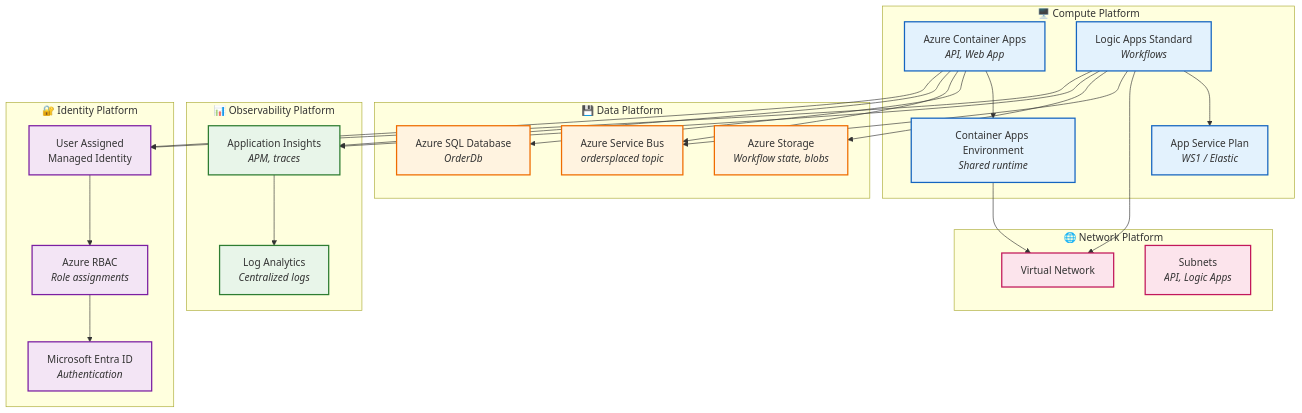
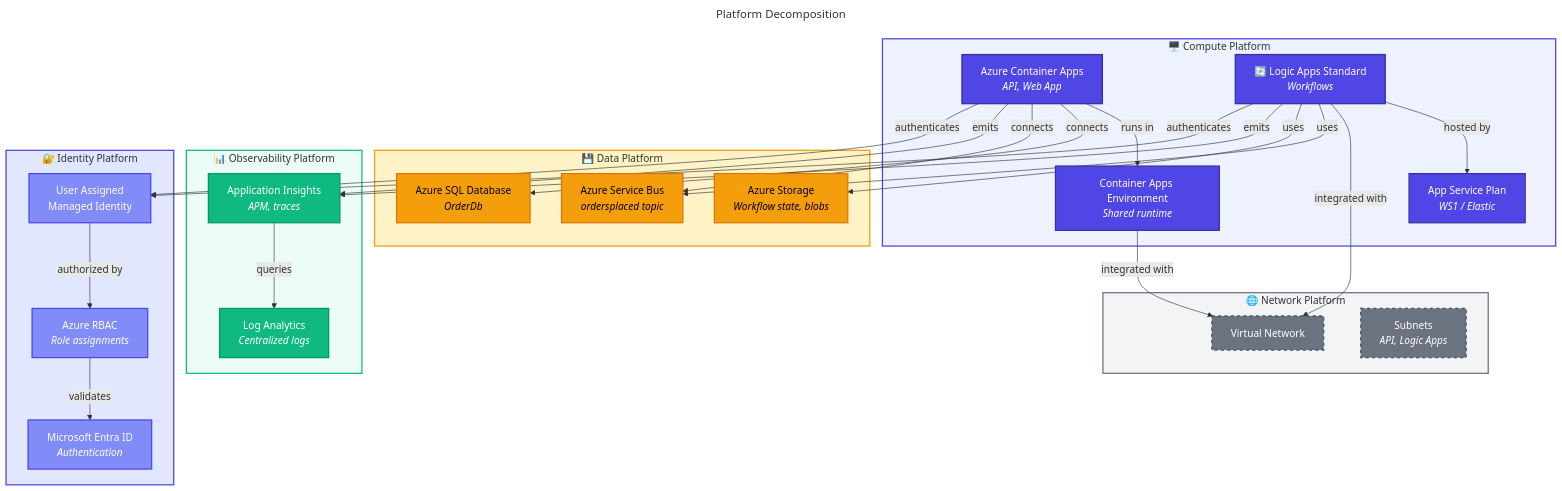
Before and after one commit to Evilazaro/Azure-LogicApps-Monitoring: the first of 2 diagrams in docs/architecture/04-technology-architecture.md, drawn with Mermaid. The commit also changed other lines of this file and 1 other file, not shown here.

Commit message:
refactor: Enhance technology and observability architecture documentation with improved diagrams, connections, and class definitions

````diff
--- a/docs/architecture/04-technology-architecture.md
+++ b/docs/architecture/04-technology-architecture.md
@@ -90,54 +90,75 @@
 ```mermaid
+---
+title: Platform Decomposition
+---
 flowchart TB
+    %% ===== COMPUTE PLATFORM =====
     subgraph Compute["🖥️ Compute Platform"]
         ACA["Azure Container Apps<br/><i>API, Web App</i>"]
         ACAENV["Container Apps Environment<br/><i>Shared runtime</i>"]
-        LA["Logic Apps Standard<br/><i>Workflows</i>"]
+        LA["🔄 Logic Apps Standard<br/><i>Workflows</i>"]
         ASP["App Service Plan<br/><i>WS1 / Elastic</i>"]
     end
 
+    %% ===== DATA PLATFORM =====
     subgraph Data["💾 Data Platform"]
         SQL["Azure SQL Database<br/><i>OrderDb</i>"]
         SB["Azure Service Bus<br/><i>ordersplaced topic</i>"]
         Storage["Azure Storage<br/><i>Workflow state, blobs</i>"]
     end
 
+    %% ===== OBSERVABILITY PLATFORM =====
     subgraph Observability["📊 Observability Platform"]
         AI["Application Insights<br/><i>APM, traces</i>"]
         LAW["Log Analytics<br/><i>Centralized logs</i>"]
     end
 
+    %% ===== IDENTITY PLATFORM =====
     subgraph Identity["🔐 Identity Platform"]
         MI["User Assigned<br/>Managed Identity"]
         RBAC["Azure RBAC<br/><i>Role assignments</i>"]
         Entra["Microsoft Entra ID<br/><i>Authentication</i>"]
     end
 
+    %% ===== NETWORK PLATFORM =====
     subgraph Network["🌐 Network Platform"]
         VNet["Virtual Network"]
         Subnet["Subnets<br/><i>API, Logic Apps</i>"]
     end
 
-    ACA --> ACAENV
-    LA --> ASP
-    ACAENV --> VNet
-    LA --> VNet
+    %% ===== CONNECTIONS =====
+    ACA -->|"runs in"| ACAENV
+    LA -->|"hosted by"| ASP
+    ACAENV -->|"integrated with"| VNet
+    LA -->|"integrated with"| VNet
 
-    ACA --> SQL & SB
-    LA --> SB & Storage
+    ACA -->|"connects"| SQL & SB
+    LA -->|"uses"| SB & Storage
 
-    ACA & LA --> AI --> LAW
-    ACA & LA --> MI --> RBAC --> Entra
+    ACA & LA -->|"emits"| AI
+    AI -->|"queries"| LAW
+    ACA & LA -->|"authenticates"| MI
+    MI -->|"authorized by"| RBAC
+    RBAC -->|"validates"| Entra
 
-    classDef compute fill:#e3f2fd,stroke:#1565c0,stroke-width:2px
-    classDef data fill:#fff3e0,stroke:#ef6c00,stroke-width:2px
-    classDef observability fill:#e8f5e9,stroke:#2e7d32,stroke-width:2px
-    classDef identity fill:#f3e5f5,stroke:#7b1fa2,stroke-width:2px
-    classDef network fill:#fce4ec,stroke:#c2185b,stroke-width:2px
+    %% ===== CLASS DEFINITIONS =====
+    classDef primary fill:#4F46E5,stroke:#3730A3,color:#FFFFFF,stroke-width:2px
+    classDef datastore fill:#F59E0B,stroke:#D97706,color:#000000,stroke-width:2px
+    classDef secondary fill:#10B981,stroke:#059669,color:#FFFFFF,stroke-width:2px
+    classDef trigger fill:#818CF8,stroke:#4F46E5,color:#FFFFFF,stroke-width:2px
+    classDef external fill:#6B7280,stroke:#4B5563,color:#FFFFFF,stroke-width:2px,stroke-dasharray:5 5
 
-    class ACA,ACAENV,LA,ASP compute
-    class SQL,SB,Storage data
-    class AI,LAW observability
-    class MI,RBAC,Entra identity
-    class VNet,Subnet network
+    %% ===== CLASS ASSIGNMENTS =====
+    class ACA,ACAENV,LA,ASP primary
+    class SQL,SB,Storage datastore
+    class AI,LAW secondary
+    class MI,RBAC,Entra trigger
+    class VNet,Subnet external
+
+    %% ===== SUBGRAPH STYLES =====
+    style Compute fill:#EEF2FF,stroke:#4F46E5,stroke-width:2px
+    style Data fill:#FEF3C7,stroke:#F59E0B,stroke-width:2px
+    style Observability fill:#ECFDF5,stroke:#10B981,stroke-width:2px
+    style Identity fill:#E0E7FF,stroke:#4F46E5,stroke-width:2px
+    style Network fill:#F3F4F6,stroke:#6B7280,stroke-width:2px
 ```
````
